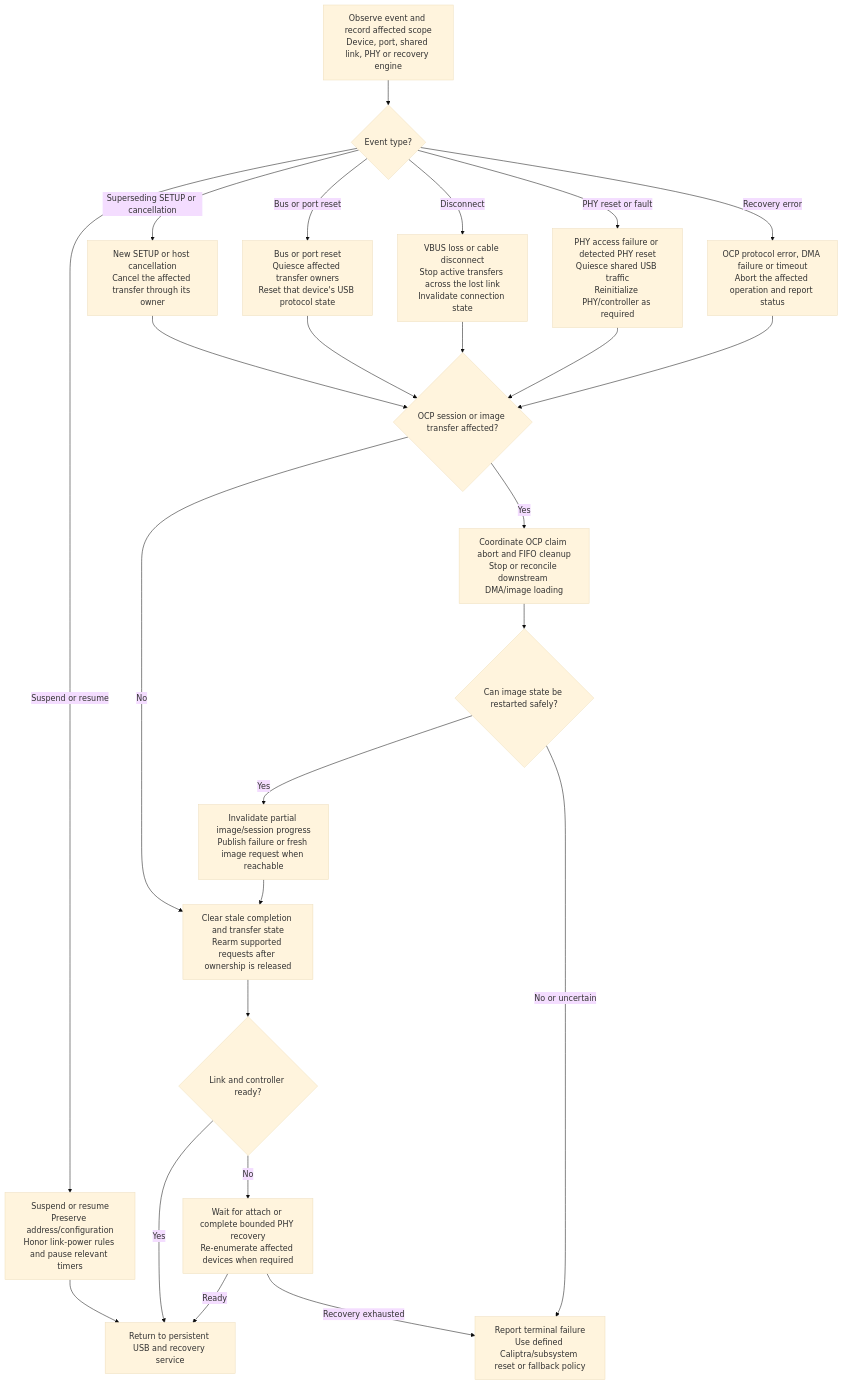
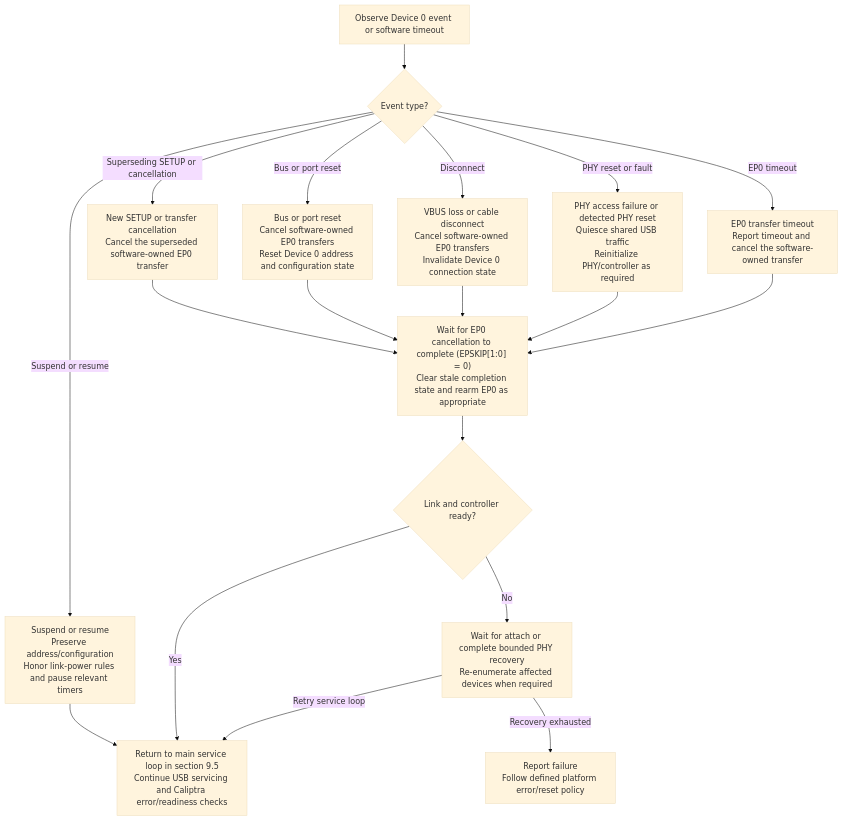
Before and after one commit to chipsalliance/caliptra-mcu-sw: the seventh of 7 diagrams in docs/src/usb_recovery_emulation.md, drawn with Mermaid (base theme). The commit also changed other lines of this file, not shown here.

First line of the commit message:
Clarify MCU ROM USB service and interruption flows

````diff
--- a/docs/src/usb_recovery_emulation.md
+++ b/docs/src/usb_recovery_emulation.md
@@ -789,36 +807,29 @@
 ```mermaid
 flowchart TD
-    Fault["Observe event and record affected scope<br/>Device, port, shared link, PHY or recovery engine"]
+    Fault["Observe Device 0 event or software timeout"]
     Kind{"Event type?"}
     Suspend["Suspend or resume<br/>Preserve address/configuration<br/>Honor link-power rules and pause relevant timers"]
-    Supersede["New SETUP or host cancellation<br/>Cancel the affected transfer through its owner"]
-    Reset["Bus or port reset<br/>Quiesce affected transfer owners<br/>Reset that device's USB protocol state"]
-    Detach["VBUS loss or cable disconnect<br/>Stop active transfers across the lost link<br/>Invalidate connection state"]
+    Supersede["New SETUP or transfer cancellation<br/>Cancel the superseded software-owned EP0 transfer"]
+    Reset["Bus or port reset<br/>Cancel software-owned EP0 transfers<br/>Reset Device 0 address and configuration state"]
+    Detach["VBUS loss or cable disconnect<br/>Cancel software-owned EP0 transfers<br/>Invalidate Device 0 connection state"]
     Phy["PHY access failure or detected PHY reset<br/>Quiesce shared USB traffic<br/>Reinitialize PHY/controller as required"]
-    Error["OCP protocol error, DMA failure or timeout<br/>Abort the affected operation and report status"]
-    Session{"OCP session or image transfer affected?"}
-    Local["Clear stale completion and transfer state<br/>Rearm supported requests after ownership is released"]
-    Abort["Coordinate OCP claim abort and FIFO cleanup<br/>Stop or reconcile downstream DMA/image loading"]
-    Safe{"Can image state be restarted safely?"}
-    Restart["Invalidate partial image/session progress<br/>Publish failure or fresh image request when reachable"]
-    Escalate["Report terminal failure<br/>Use defined Caliptra/subsystem reset or fallback policy"]
+    Timeout["EP0 transfer timeout<br/>Report timeout and cancel the software-owned transfer"]
+    Local["Wait for EP0 cancellation to complete (EPSKIP[1:0] = 0)<br/>Clear stale completion state and rearm EP0 as appropriate"]
+    Escalate["Report failure<br/>Follow defined platform error/reset policy"]
     Link{"Link and controller ready?"}
     Wait["Wait for attach or complete bounded PHY recovery<br/>Re-enumerate affected devices when required"]
-    Serve["Return to persistent USB and recovery service"]
+    Serve["Return to main service loop in section 9.5<br/>Continue USB servicing and Caliptra error/readiness checks"]
 
     Fault --> Kind
     Kind -->|Suspend or resume| Suspend --> Serve
-    Kind -->|Superseding SETUP or cancellation| Supersede --> Session
-    Kind -->|Bus or port reset| Reset --> Session
-    Kind -->|Disconnect| Detach --> Session
-    Kind -->|PHY reset or fault| Phy --> Session
-    Kind -->|Recovery error| Error --> Session
-    Session -->|No| Local --> Link
-    Session -->|Yes| Abort --> Safe
-    Safe -->|Yes| Restart --> Local
-    Safe -->|No or uncertain| Escalate
+    Kind -->|Superseding SETUP or cancellation| Supersede --> Local
+    Kind -->|Bus or port reset| Reset --> Local
+    Kind -->|Disconnect| Detach --> Local
+    Kind -->|PHY reset or fault| Phy --> Local
+    Kind -->|EP0 timeout| Timeout --> Local
+    Local --> Link
     Link -->|Yes| Serve
     Link -->|No| Wait
-    Wait -->|Ready| Serve
+    Wait -->|Retry service loop| Serve
     Wait -->|Recovery exhausted| Escalate
 ```
````
